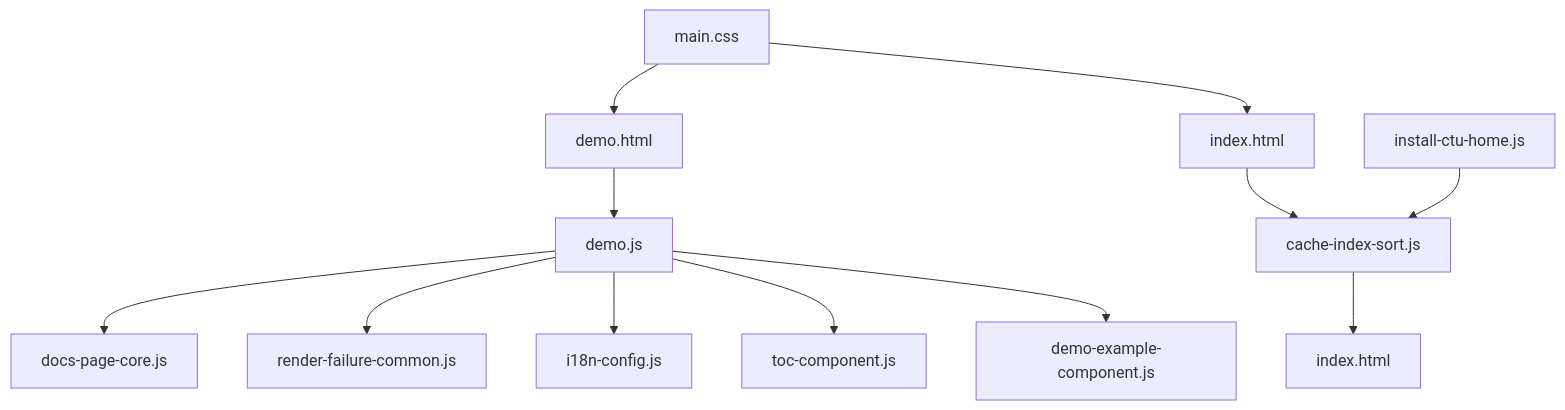
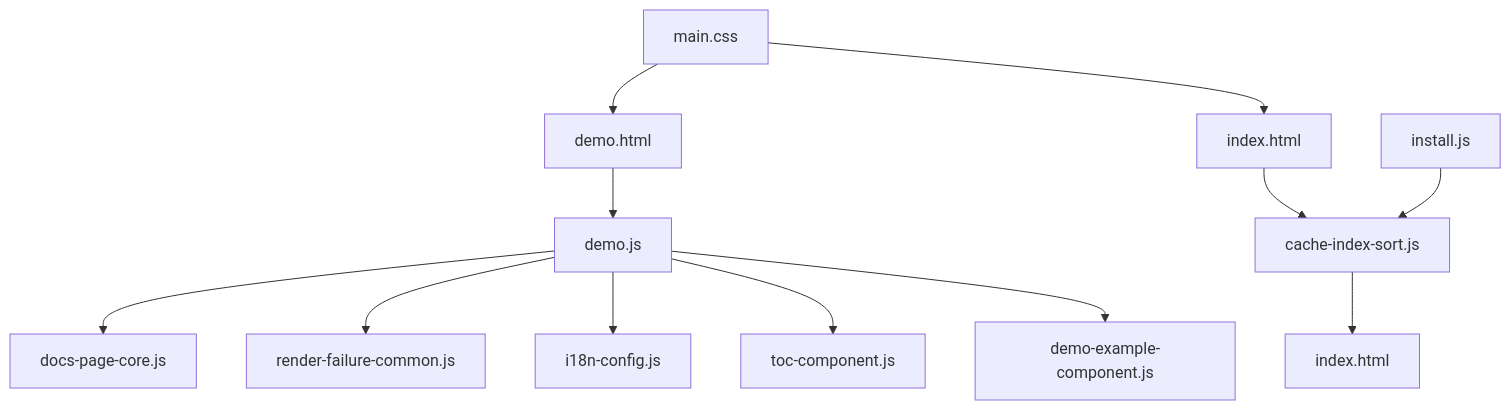
Before and after one commit to pingwurth/code-to-uml: the first of 4 diagrams in .qoder/repowiki/en/content/Core Components/Core Components.md, drawn with Mermaid. The commit also changed other lines of this file and 26 other files, not shown here.

Commit message:
rename install-ctu-home.js install.js

````diff
--- a/.qoder/repowiki/en/content/Core Components/Core Components.md
+++ b/.qoder/repowiki/en/content/Core Components/Core Components.md
@@ -52,14 +52,14 @@
 ```mermaid
 graph TB
 HTML["demo.html"] --> DemoJS["demo.js"]
 HTML2["index.html"] --> CacheSort["cache-index-sort.js"]
 DemoJS --> DocsCore["docs-page-core.js"]
 DemoJS --> RenderFailure["render-failure-common.js"]
 DemoJS --> I18n["i18n-config.js"]
 DemoJS --> Toc["toc-component.js"]
 DemoJS --> ExampleComp["demo-example-component.js"]
-Install["install-ctu-home.js"] --> CacheSort
+Install["install.js"] --> CacheSort
 CacheSort --> IndexHTML["index.html"]
 CSS["main.css"] --> HTML
 CSS --> HTML2
 ```
````
